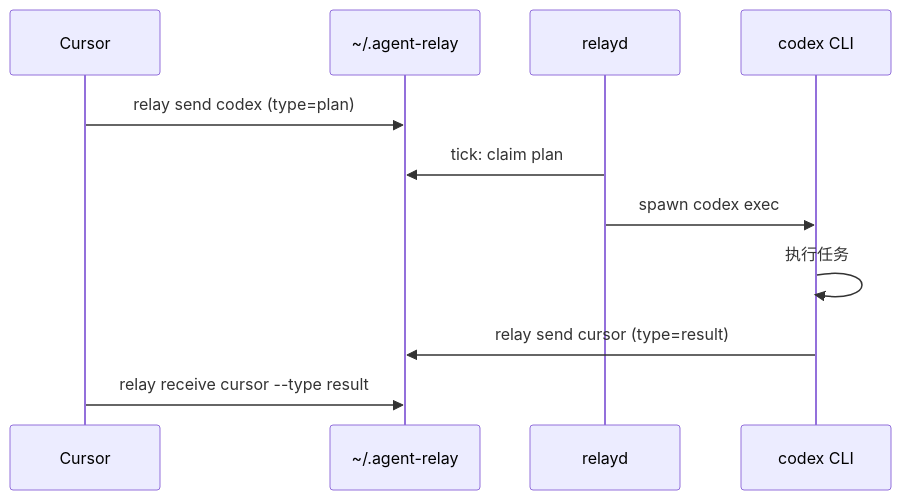
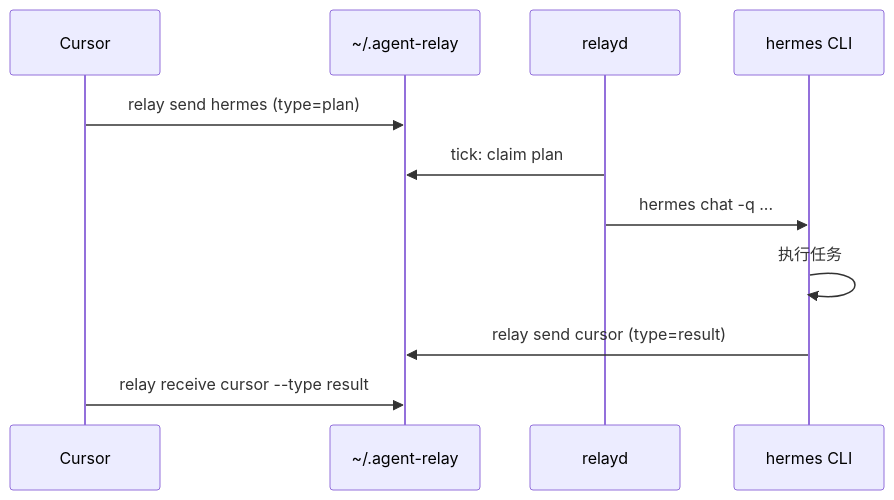
Before and after one commit to prompt-tools/agent-relay: the diagram in docs/E2E.md, drawn with Mermaid. The commit also changed other lines of this file and 24 other files, not shown here.

````diff
--- a/docs/E2E.md
+++ b/docs/E2E.md
@@ -20,14 +32,14 @@
 ```mermaid
 sequenceDiagram
   participant CC as Cursor
   participant FS as ~/.agent-relay
   participant RD as relayd
-  participant CX as codex CLI
+  participant H as hermes CLI
 
-  CC->>FS: relay send codex (type=plan)
+  CC->>FS: relay send hermes (type=plan)
   RD->>FS: tick: claim plan
-  RD->>CX: spawn codex exec
-  CX->>CX: 执行任务
-  CX->>FS: relay send cursor (type=result)
+  RD->>H: hermes chat -q ...
+  H->>H: 执行任务
+  H->>FS: relay send cursor (type=result)
   CC->>FS: relay receive cursor --type result
 ```
````
